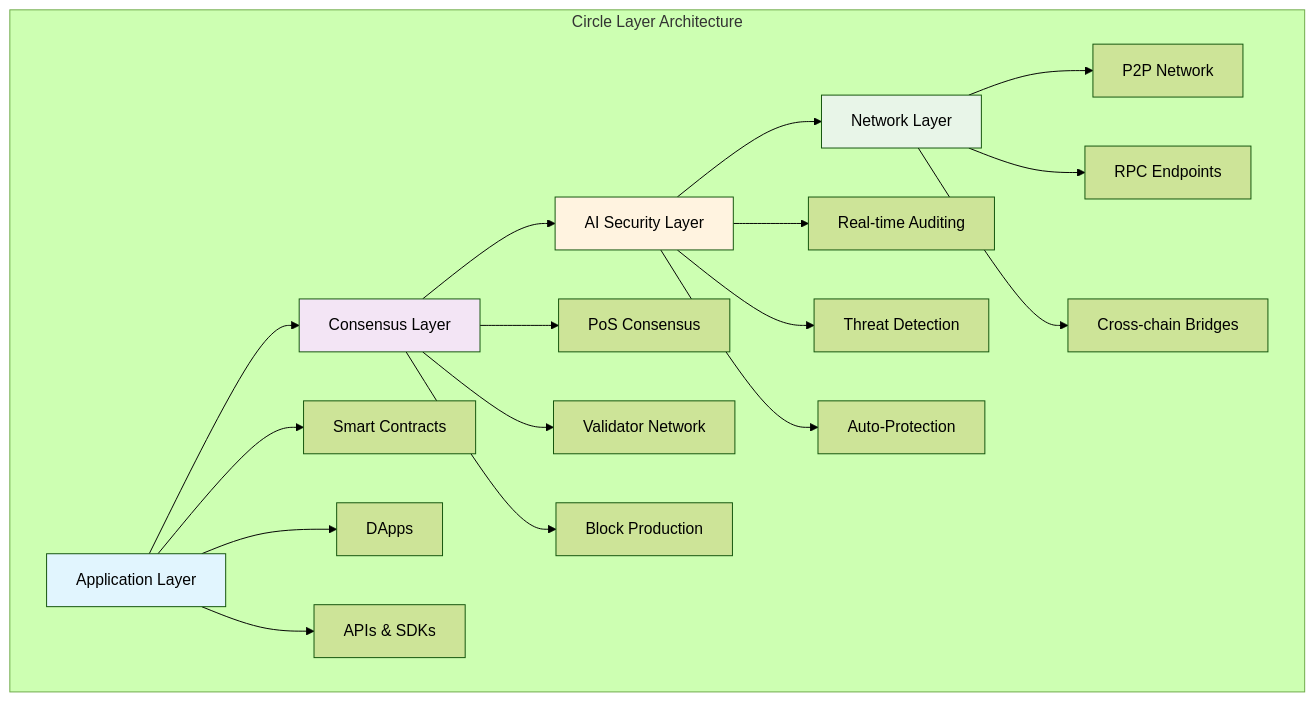
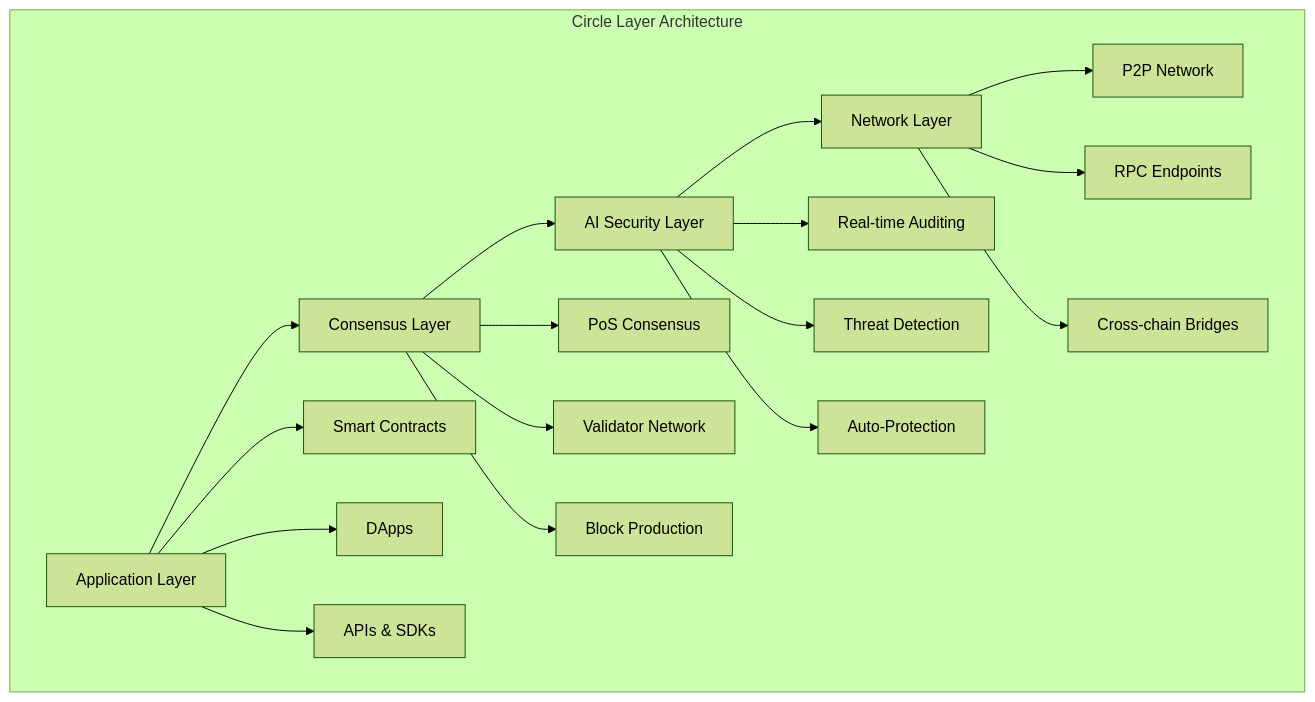
Before and after one commit to CLayer-dev/docs: the third of 3 diagrams in docs/intro.mdx, drawn with Mermaid (forest theme). The commit also changed other lines of this file and 25 other files, not shown here.

````diff
--- a/docs/intro.mdx
+++ b/docs/intro.mdx
@@ -258,29 +446,24 @@
 ```mermaid
 graph TB
     subgraph "Circle Layer Architecture"
         A[Application Layer] --> B[Consensus Layer]
         B --> C[AI Security Layer] 
         C --> D[Network Layer]
         
         A --> E[Smart Contracts]
         A --> F[DApps]
         A --> G[APIs & SDKs]
         
         B --> H[PoS Consensus]
         B --> I[Validator Network]
         B --> J[Block Production]
         
         C --> K[Real-time Auditing]
         C --> L[Threat Detection]
         C --> M[Auto-Protection]
         
         D --> N[P2P Network]
         D --> O[RPC Endpoints]
         D --> P[Cross-chain Bridges]
     end
-    
-    style A fill:#e1f5fe
-    style B fill:#f3e5f5  
-    style C fill:#fff3e0
-    style D fill:#e8f5e8
 ```
````
